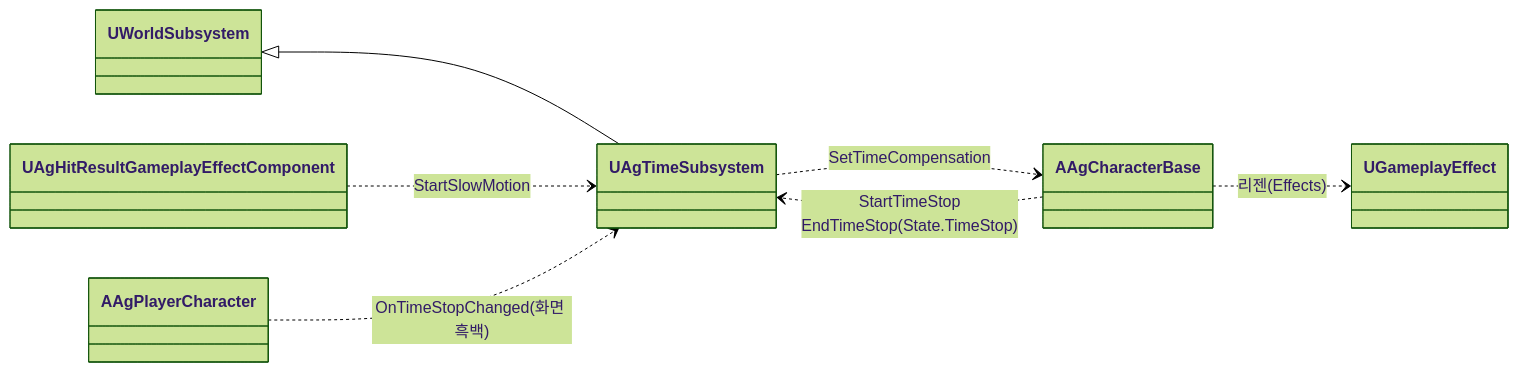
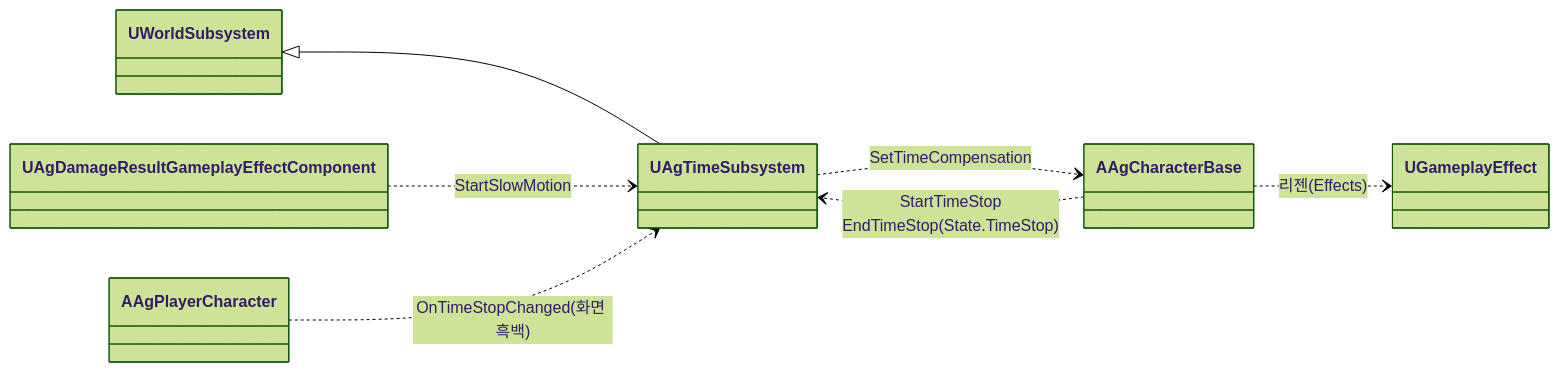
Before and after one commit to Woogl/Ag: the first of 2 diagrams in Docs/Program/전투 규칙.md, drawn with Mermaid (forest theme). The commit also changed other lines of this file and 146 other files, not shown here.

Commit message:
구현: 전투 Task와 GameplayEffect 구조 정리 및 연출·문서 갱신

````diff
--- a/Docs/Program/전투 규칙.md
+++ b/Docs/Program/전투 규칙.md
@@ -29,11 +29,11 @@
 ```mermaid
 classDiagram
     direction LR
     UWorldSubsystem <|-- UAgTimeSubsystem
 
     AAgCharacterBase ..> UGameplayEffect : 리젠(Effects)
-    UAgHitResultGameplayEffectComponent ..> UAgTimeSubsystem : StartSlowMotion
+    UAgDamageResultGameplayEffectComponent ..> UAgTimeSubsystem : StartSlowMotion
     AAgCharacterBase ..> UAgTimeSubsystem : StartTimeStop<br>EndTimeStop(State.TimeStop)
     UAgTimeSubsystem ..> AAgCharacterBase : SetTimeCompensation
     AAgPlayerCharacter ..> UAgTimeSubsystem : OnTimeStopChanged(화면 흑백)
 ```
````
